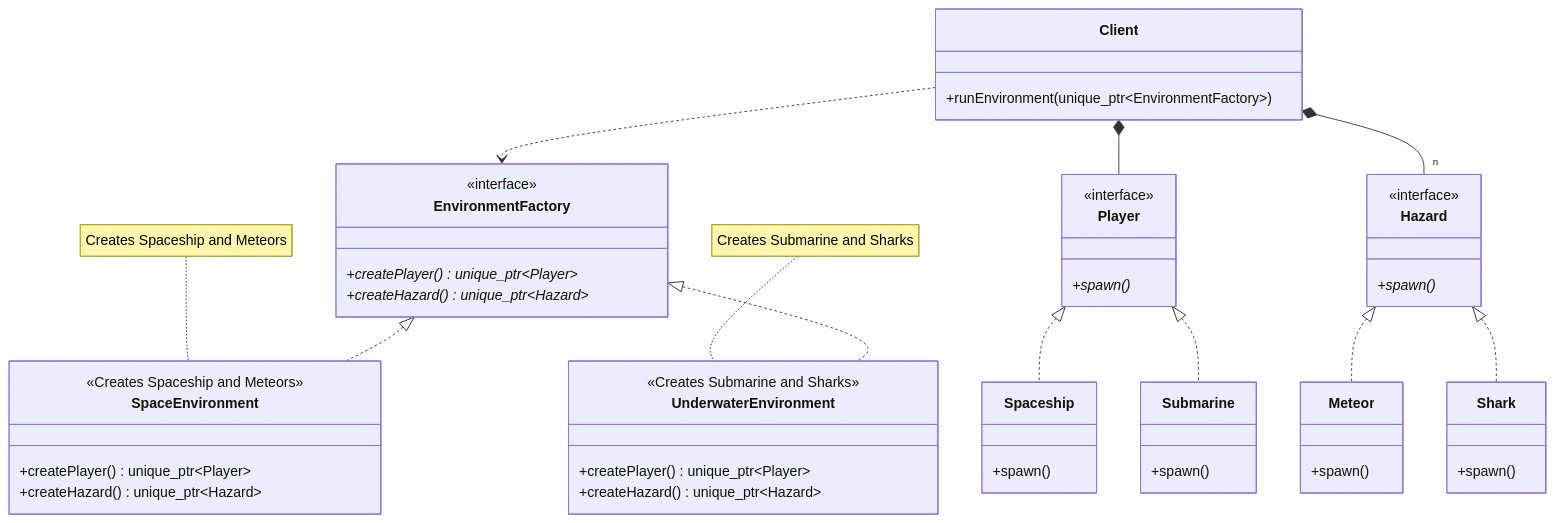
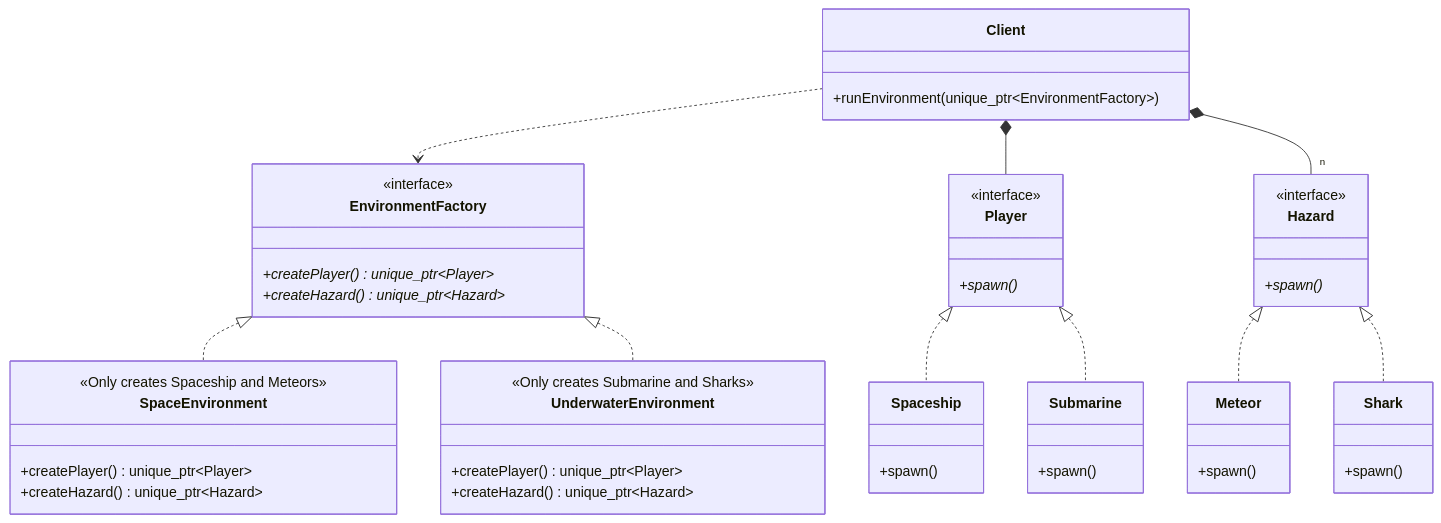
One commit to Cichlidfishexigency721/Modern-CPP-Design-Patterns changed the diagram in 03_AbstractFactoryMethod/README.md. Above: the diagram before and after it, drawn with Mermaid. The commit also changed 1 other file, not shown here.

Commit message:
UML improvement

````diff
--- a/03_AbstractFactoryMethod/README.md
+++ b/03_AbstractFactoryMethod/README.md
@@ -46,61 +46,52 @@
 ```mermaid
 classDiagram
     class Player {
         <<interface>>
         +spawn()*
     }
     class Hazard {
         <<interface>>
         +spawn()*
     }
 
     class Spaceship { +spawn() }
     class Meteor { +spawn() }
     class Submarine { +spawn() }
     class Shark { +spawn() }
 
     class EnvironmentFactory {
         <<interface>>
         +createPlayer()* unique_ptr~Player~
         +createHazard()* unique_ptr~Hazard~
     }
 
     class SpaceEnvironment {
-        <<Creates Spaceship and Meteors>>
+        <<Only creates Spaceship and Meteors>>
         +createPlayer() unique_ptr~Player~
         +createHazard() unique_ptr~Hazard~
     }
 
     class UnderwaterEnvironment {
-        <<Creates Submarine and Sharks>>
+        <<Only creates Submarine and Sharks>>
         +createPlayer() unique_ptr~Player~
         +createHazard() unique_ptr~Hazard~
     }
 
     class Client {
         +runEnvironment(unique_ptr~EnvironmentFactory~)
     }
 
     %% Inheritance Relationships
     Player <|.. Spaceship
     Player <|.. Submarine
     Hazard <|.. Meteor
     Hazard <|.. Shark
 
     EnvironmentFactory <|.. SpaceEnvironment
     EnvironmentFactory <|.. UnderwaterEnvironment
 
     %% Client interacting with abstractions
     Client ..> EnvironmentFactory
     Client *-- Player
     Client *-- "n" Hazard
-
-    %% Creation Dependencies (The Families)
-    %%SpaceEnvironment ..> Spaceship
-    %%SpaceEnvironment ..> Meteor
-    
-    %%UnderwaterEnvironment ..> Submarine
-    %%UnderwaterEnvironment ..> Shark
-    note for SpaceEnvironment "Creates Spaceship and Meteors"
-    note for UnderwaterEnvironment "Creates Submarine and Sharks"
 ```
````
